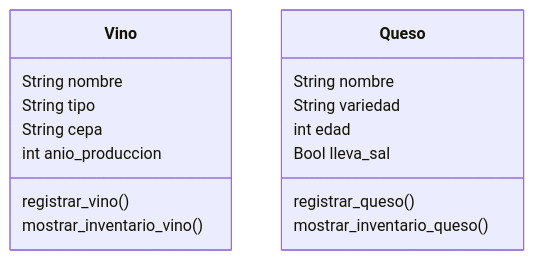
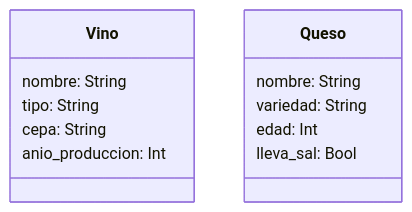
Before and after one commit to StephanieApaza/psg-oop-2025: the diagram in retos_sesion_02/ejercicio_02.md, drawn with Mermaid. The commit also changed other lines of this file, not shown here.

Commit message:
Corrección del análisis y diagrama de clases

````diff
--- a/retos_sesion_02/ejercicio_02.md
+++ b/retos_sesion_02/ejercicio_02.md
@@ -60,20 +57,16 @@
 ```mermaid
 classDiagram
     class Vino{
-        String nombre
-        String tipo
-        String cepa
-        int anio_produccion
-        registrar_vino()
-        mostrar_inventario_vino()
+        nombre: String 
+        tipo: String 
+        cepa: String 
+        anio_produccion: Int
     }
 
     class Queso{
-        String nombre
-        String variedad
-        int edad
-        Bool lleva_sal
-        registrar_queso()
-        mostrar_inventario_queso()
+        nombre: String 
+        variedad: String 
+        edad: Int
+        lleva_sal: Bool
     }
 ```
````
